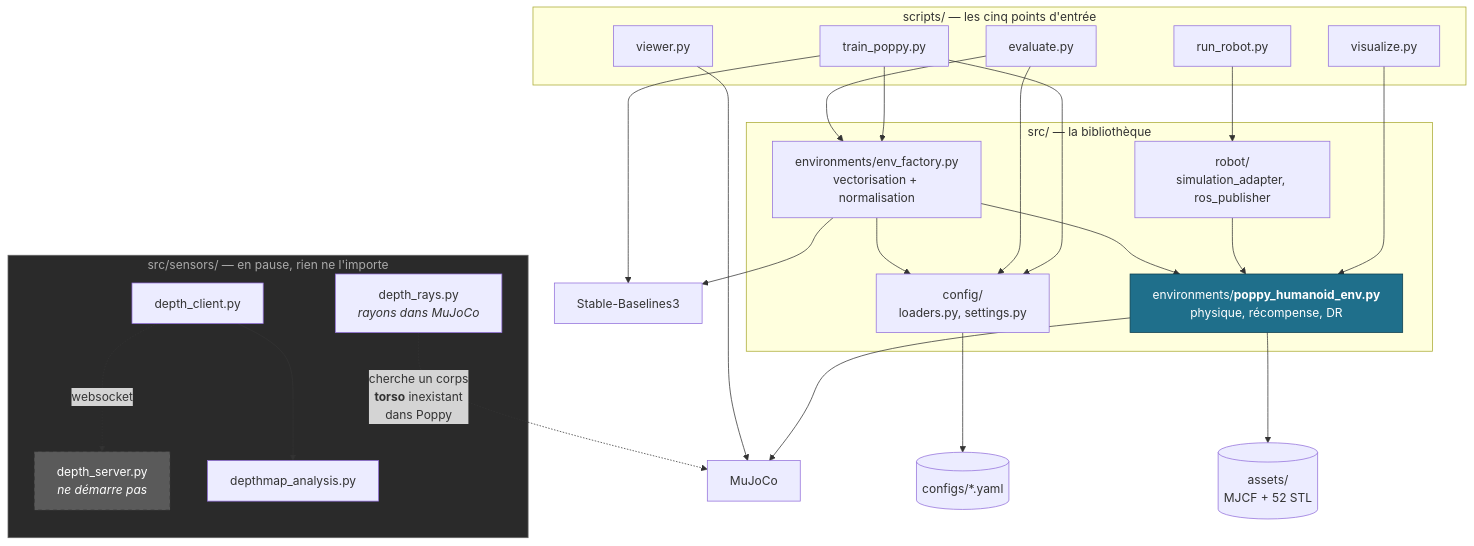
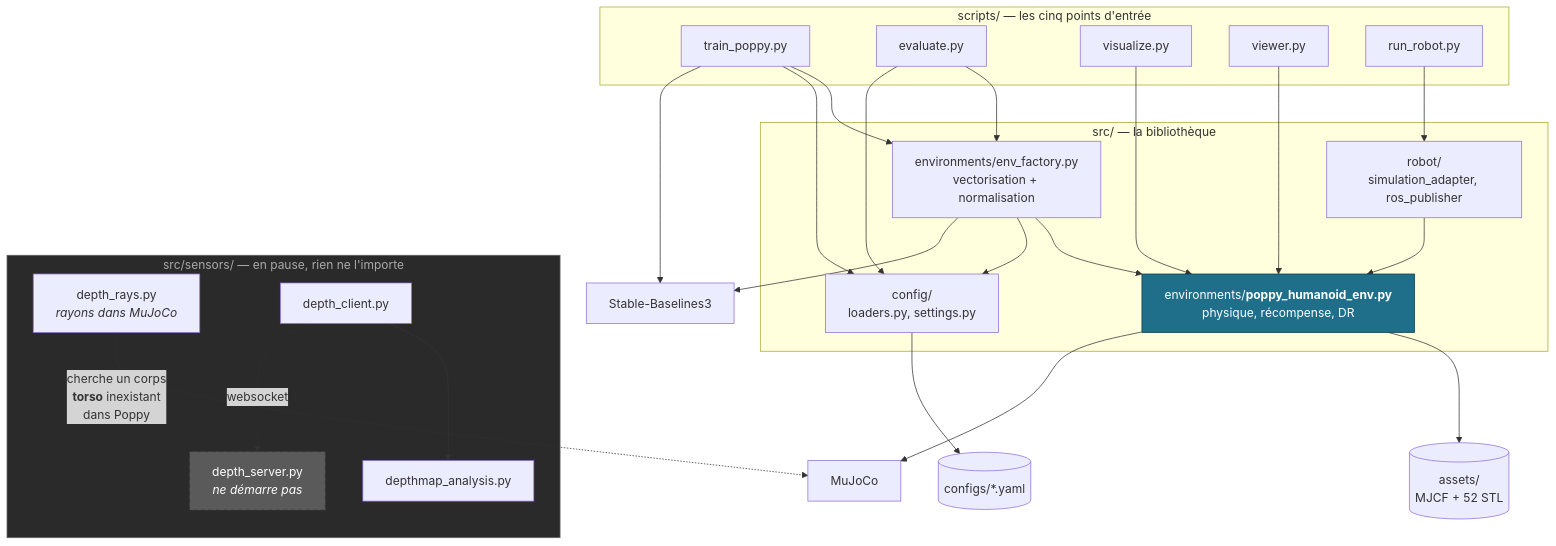
One commit to cia-ulaval/poppy-simulation-team-1 changed the third of 3 diagrams in docs/ARCHITECTURE.md. Above: the diagram before and after it, drawn with Mermaid. The commit also changed other lines of this file and 1 other file, not shown here.

````diff
--- a/docs/ARCHITECTURE.md
+++ b/docs/ARCHITECTURE.md
@@ -94,53 +94,53 @@
 ```mermaid
 graph TB
     subgraph entrees["scripts/ — les cinq points d'entrée"]
         tp["train_poppy.py"]
         ev["evaluate.py"]
         vz["visualize.py"]
         vw["viewer.py"]
         rr["run_robot.py"]
     end
 
     subgraph coeur["src/ — la bibliothèque"]
         env["environments/<b>poppy_humanoid_env.py</b><br/>physique, récompense, DR"]
         fac["environments/env_factory.py<br/>vectorisation + normalisation"]
         cfg["config/<br/>loaders.py, settings.py"]
         rob["robot/<br/>simulation_adapter, ros_publisher"]
     end
 
     subgraph pause["src/sensors/ — en pause, rien ne l'importe"]
         dr["depth_rays.py<br/><i>rayons dans MuJoCo</i>"]
         ds["depth_server.py<br/><i>ne démarre pas</i>"]
         dc["depth_client.py"]
         da["depthmap_analysis.py"]
     end
 
     mujoco["MuJoCo"]
     sb3["Stable-Baselines3"]
     yaml[("configs/*.yaml")]
     assets[("assets/<br/>MJCF + 52 STL")]
 
     tp --> fac
     tp --> cfg
     ev --> fac
     ev --> cfg
     vz --> env
     rr --> rob
     rob --> env
     fac --> env
     fac --> cfg
     cfg --> yaml
     env --> assets
     env --> mujoco
-    vw --> mujoco
+    vw --> env
     fac --> sb3
     tp --> sb3
 
     dc --> da
     dr -.->|"cherche un corps<br/><b>torso</b> inexistant<br/>dans Poppy"| mujoco
     dc -.->|websocket| ds
 
     style env fill:#1f6f8b,stroke:#0d3d4d,color:#fff
     style pause fill:#2a2a2a,stroke:#666,color:#aaa
     style ds fill:#5a5a5a,stroke:#333,color:#fff,stroke-dasharray: 5 5
 ```
````
